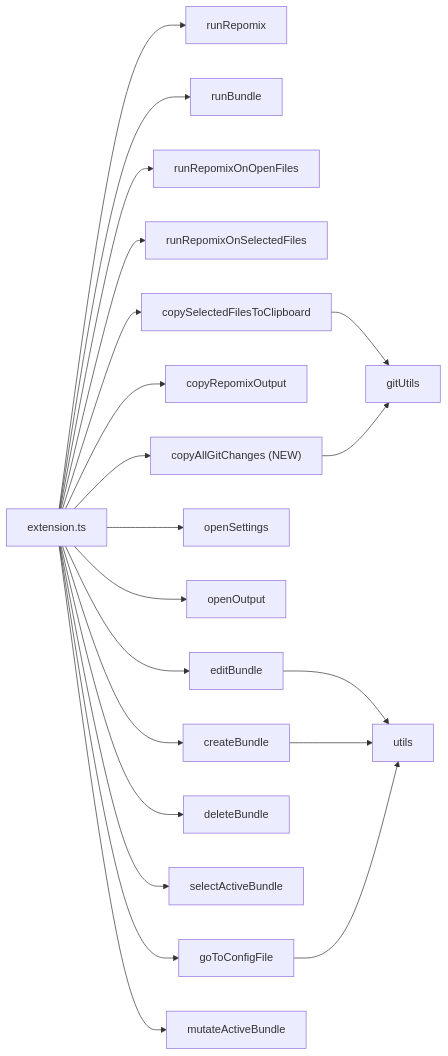
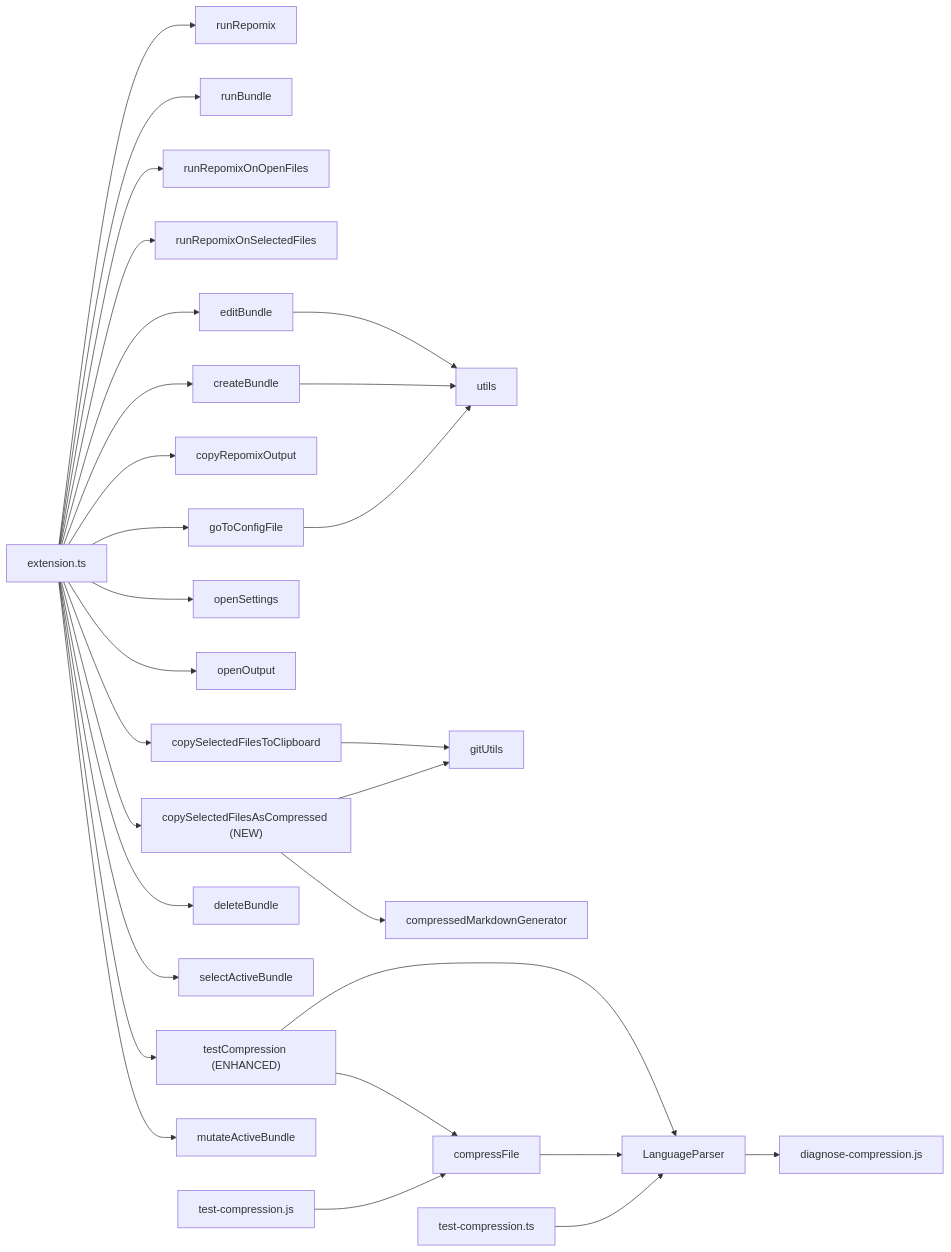
The sixth of 6 diagrams in .qoder/repowiki/en/content/Command System/Command System.md (bramburn/repomix-runner), drawn with Mermaid before and after one commit. The commit also changed other lines of this file and 19 other files, not shown here.

````diff
--- a/.qoder/repowiki/en/content/Command System/Command System.md
+++ b/.qoder/repowiki/en/content/Command System/Command System.md
@@ -560,23 +635,31 @@
 ```mermaid
 graph LR
 EXT["extension.ts"] --> R["runRepomix"]
 EXT --> RB["runBundle"]
 EXT --> ROF["runRepomixOnOpenFiles"]
 EXT --> RSF["runRepomixOnSelectedFiles"]
 EXT --> CCF["copySelectedFilesToClipboard"]
+EXT --> CCS["copySelectedFilesAsCompressed (NEW)"]
 EXT --> CRO["copyRepomixOutput"]
-EXT --> CGC["copyAllGitChanges (NEW)"]
+EXT --> TC["testCompression (ENHANCED)"]
 EXT --> OS["openSettings"]
 EXT --> OO["openOutput"]
 EXT --> CB["createBundle"]
 EXT --> EB["editBundle"]
 EXT --> DB["deleteBundle"]
 EXT --> SAB["selectActiveBundle"]
 EXT --> GCF["goToConfigFile"]
 EXT --> MAB["mutateActiveBundle"]
 EB --> U["utils"]
 CB --> U
 GCF --> U
 CCF --> GU["gitUtils"]
-CGC --> GU
+CCS --> GU
+CCS --> CMG["compressedMarkdownGenerator"]
+TC --> CF["compressFile"]
+TC --> LP["LanguageParser"]
+CF --> LP
+LP --> DIAG["diagnose-compression.js"]
+TST["test-compression.ts"] --> LP
+TJS["test-compression.js"] --> CF
 ```
````
